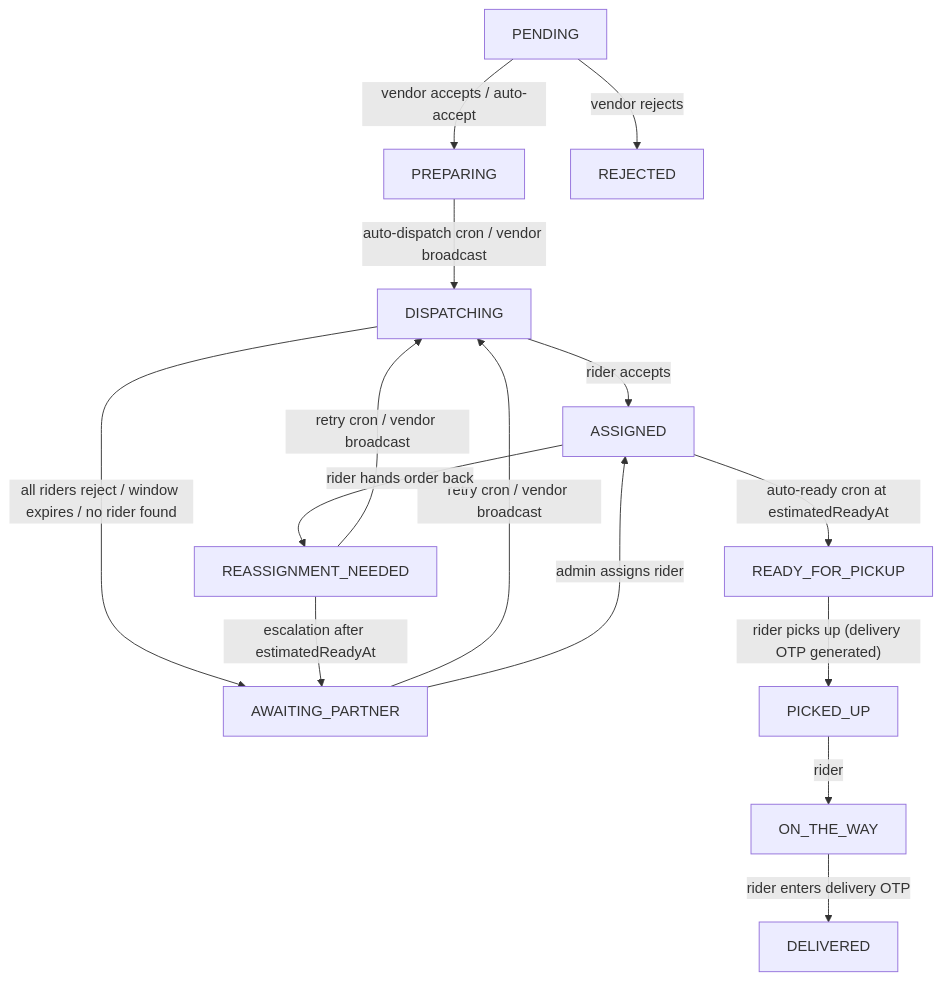
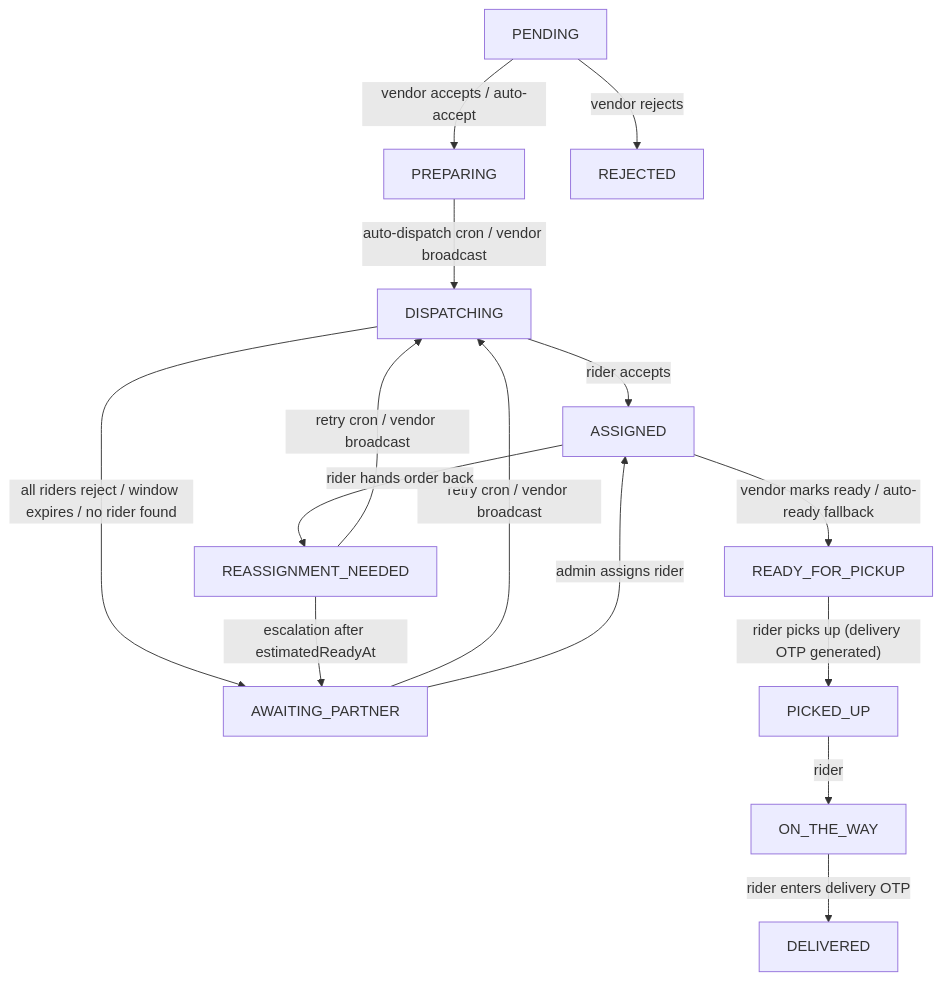
Before and after one commit to deligo-pt/deligo-food-backend-docs: the first of 2 diagrams in content/docs/03-orders/order-lifecycle.md, drawn with Mermaid. The commit also changed other lines of this file and 17 other files, not shown here.

````diff
--- a/content/docs/03-orders/order-lifecycle.md
+++ b/content/docs/03-orders/order-lifecycle.md
@@ -49,17 +49,17 @@
 ```mermaid
 flowchart TD
     P["PENDING"] -->|"vendor accepts / auto-accept"| PR["PREPARING"]
     P -->|"vendor rejects"| RJ["REJECTED"]
     PR -->|"auto-dispatch cron / vendor broadcast"| D["DISPATCHING"]
     D -->|"rider accepts"| A["ASSIGNED"]
     D -->|"all riders reject / window expires / no rider found"| W["AWAITING_PARTNER"]
     W -->|"retry cron / vendor broadcast"| D
     W -->|"admin assigns rider"| A
     A -->|"rider hands order back"| R["REASSIGNMENT_NEEDED"]
     R -->|"retry cron / vendor broadcast"| D
     R -->|"escalation after estimatedReadyAt"| W
-    A -->|"auto-ready cron at estimatedReadyAt"| RP["READY_FOR_PICKUP"]
+    A -->|"vendor marks ready / auto-ready fallback"| RP["READY_FOR_PICKUP"]
     RP -->|"rider picks up (delivery OTP generated)"| PU["PICKED_UP"]
     PU -->|"rider"| OW["ON_THE_WAY"]
     OW -->|"rider enters delivery OTP"| DL["DELIVERED"]
 ```
````
